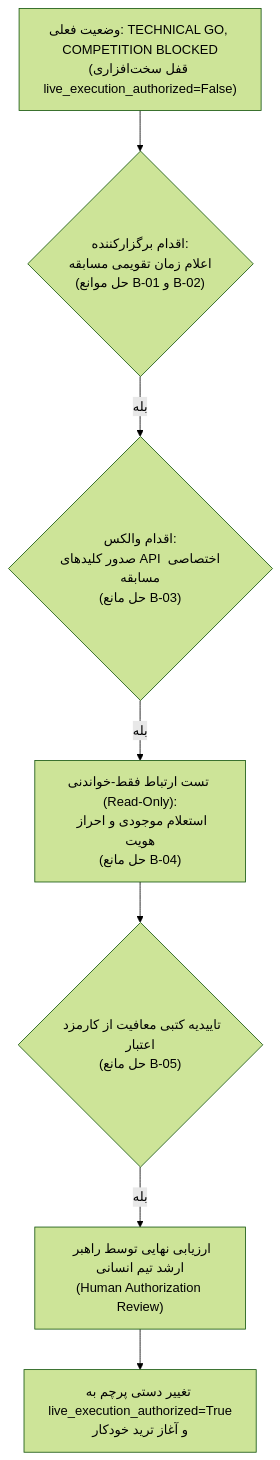
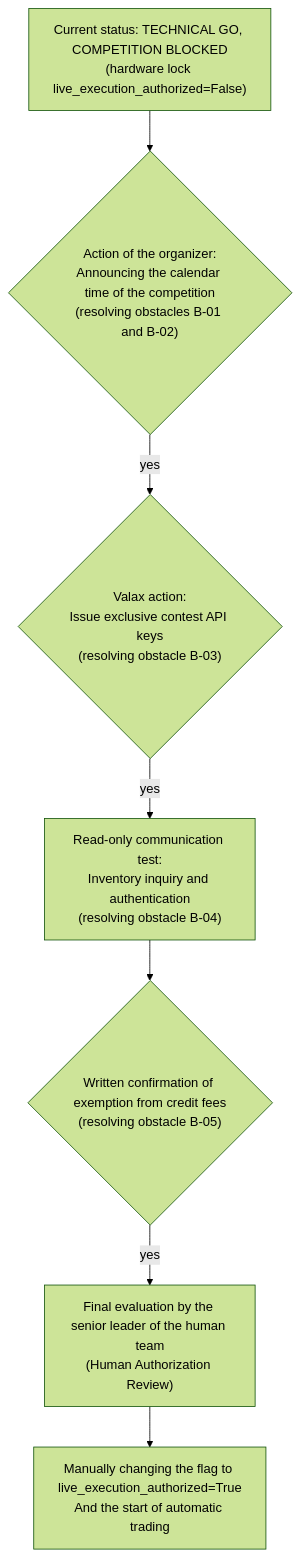
Before and after one commit to AliFazelniya/wallextrade: the diagram in docs/PHASE16_FINAL_GO_NO_GO.md, drawn with Mermaid (forest theme). The commit also changed other lines of this file and 81 other files, not shown here.

Commit message:
Enhance Wallex API documentation, improve trading algorithms with volatility adjustments, add Kaufman's Efficiency Ratio indicator, and create AI video generation prompts for Starcoach Hackathon.

````diff
--- a/docs/PHASE16_FINAL_GO_NO_GO.md
+++ b/docs/PHASE16_FINAL_GO_NO_GO.md
@@ -129,9 +129,9 @@
 ```mermaid
 flowchart TD
-    A["وضعیت فعلی: TECHNICAL GO, COMPETITION BLOCKED\n(قفل سخت‌افزاری live_execution_authorized=False)"] --> B{"اقدام برگزارکننده:\nاعلام زمان تقویمی مسابقه\n(حل موانع B-01 و B-02)"}
-    B -- بله --> C{"اقدام والکس:\nصدور کلیدهای API اختصاصی مسابقه\n(حل مانع B-03)"}
-    C -- بله --> D["تست ارتباط فقط-خواندنی (Read-Only):\nاستعلام موجودی و احراز هویت\n(حل مانع B-04)"]
-    D --> E{"تاییدیه کتبی معافیت از کارمزد اعتبار\n(حل مانع B-05)"}
-    E -- بله --> F["ارزیابی نهایی توسط راهبر ارشد تیم انسانی\n(Human Authorization Review)"]
-    F --> G["تغییر دستی پرچم به live_execution_authorized=True\nو آغاز ترید خودکار"]
+    A["Current status: TECHNICAL GO, COMPETITION BLOCKED\n(hardware lock live_execution_authorized=False)"] --> B{"Action of the organizer:\nAnnouncing the calendar time of the competition\n(resolving obstacles B-01 and B-02)"}
+    B -- yes --> C{"Valax action:\nIssue exclusive contest API keys\n(resolving obstacle B-03)"}
+    C -- yes --> D["Read-only communication test:\nInventory inquiry and authentication\n(resolving obstacle B-04)"]
+    D --> E{"Written confirmation of exemption from credit fees\n(resolving obstacle B-05)"}
+    E -- yes --> F["Final evaluation by the senior leader of the human team\n(Human Authorization Review)"]
+    F --> G["Manually changing the flag to live_execution_authorized=True\nAnd the start of automatic trading"]
 ```
````
